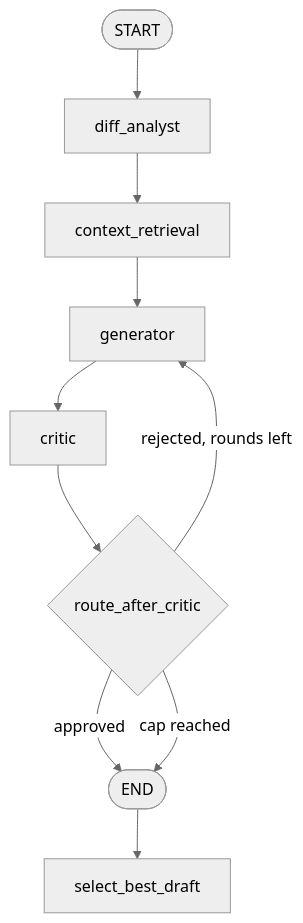
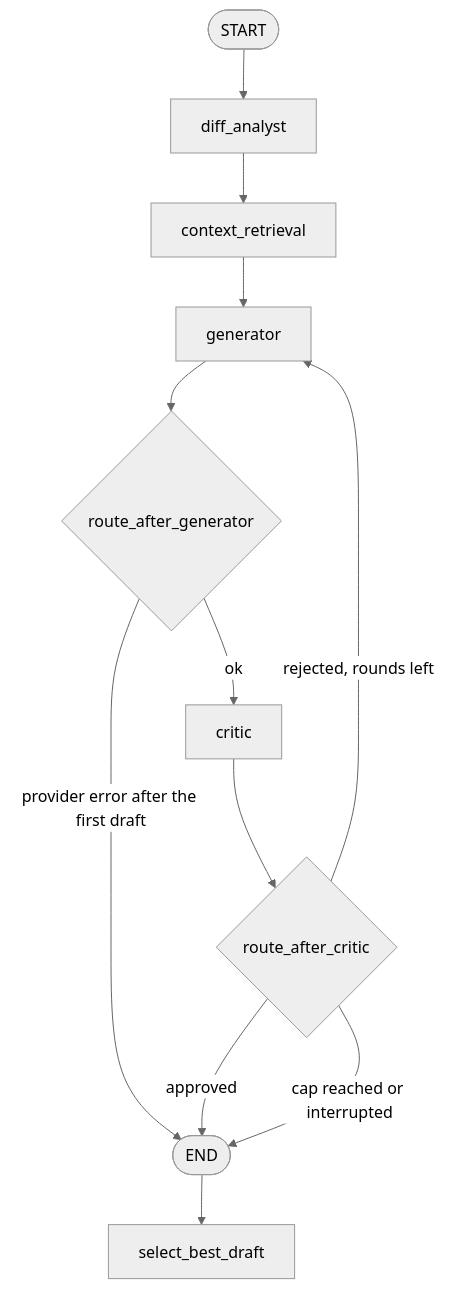
Before and after one commit to vaibhav-barman/gitcommit-ai: the second of 3 diagrams in docs/architecture.md, drawn with Mermaid (neutral theme). The commit also changed other lines of this file and 6 other files, not shown here.

````diff
--- a/docs/architecture.md
+++ b/docs/architecture.md
@@ -233,12 +249,14 @@
 ```mermaid
 graph TD
     Start(["START"]) --> Analyst["diff_analyst"]
     Analyst --> Retrieval["context_retrieval"]
     Retrieval --> Generator["generator"]
-    Generator --> Critic["critic"]
+    Generator --> GenRoute{"route_after_generator"}
+    GenRoute -->|"ok"| Critic["critic"]
+    GenRoute -->|"provider error after the first draft"| Done(["END"])
     Critic --> Route{"route_after_critic"}
     Route -->|"rejected, rounds left"| Generator
-    Route -->|"approved"| Done(["END"])
-    Route -->|"cap reached"| Done
+    Route -->|"approved"| Done
+    Route -->|"cap reached or interrupted"| Done
     Done --> Pick["select_best_draft"]
 ```
````
